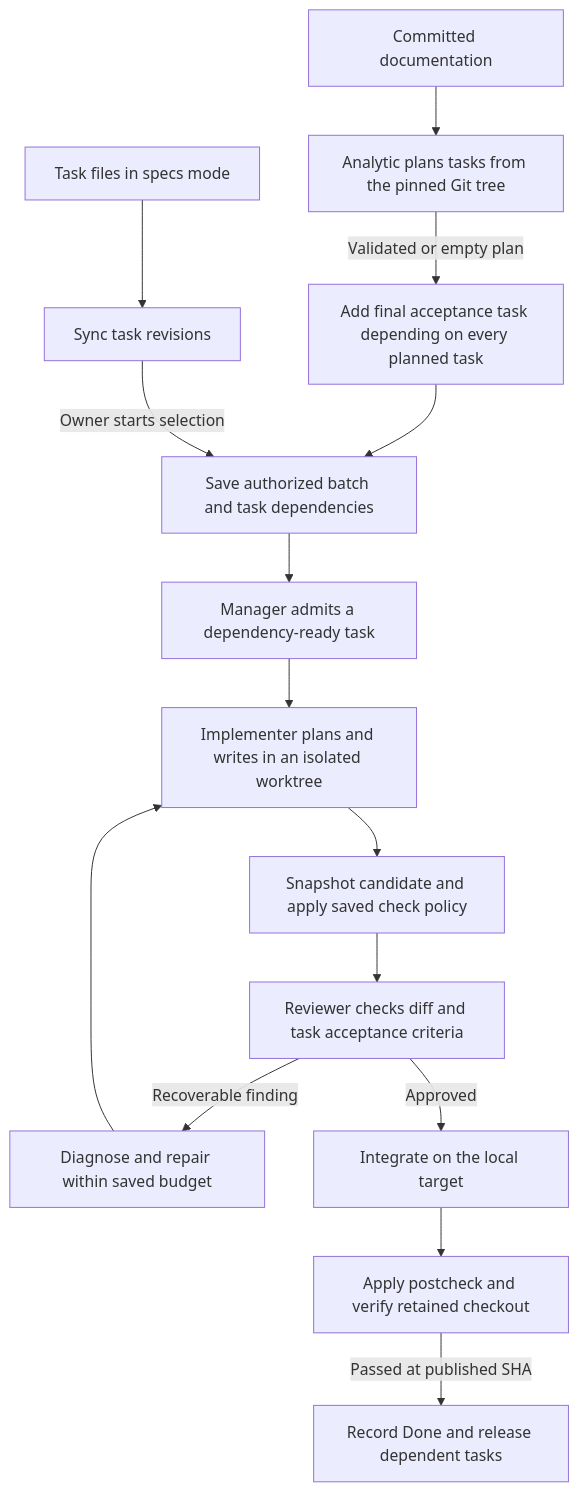
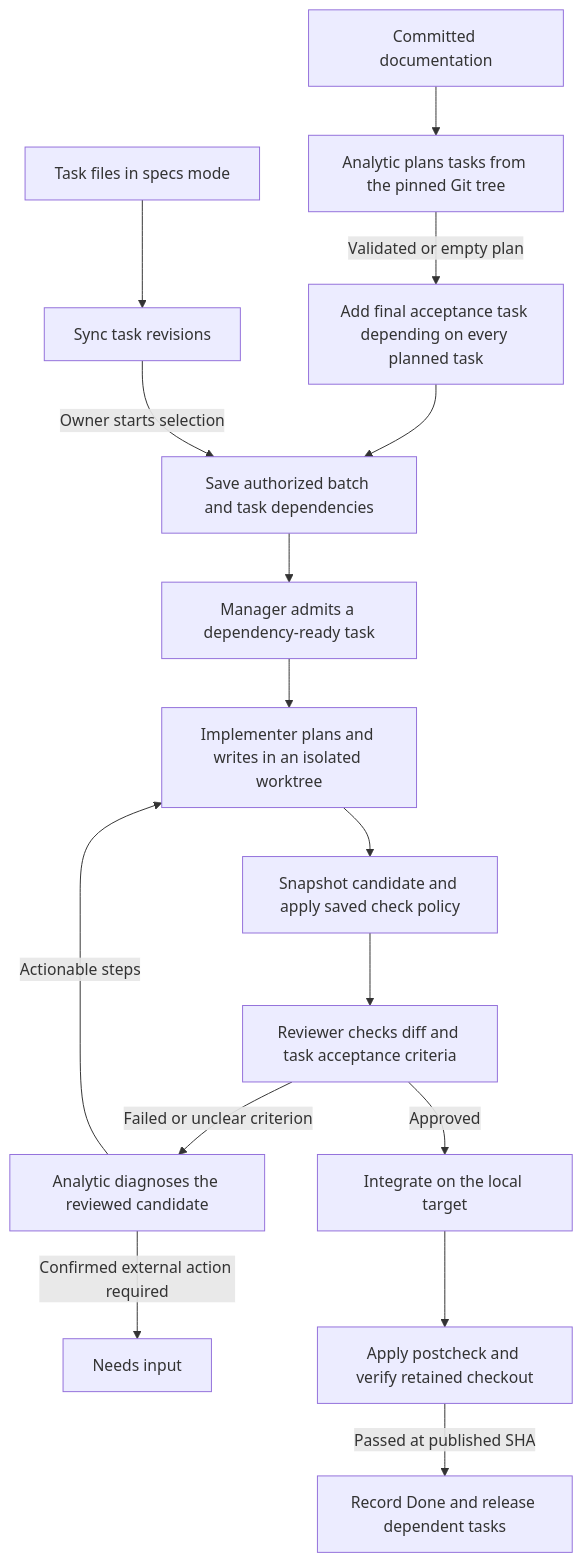
One commit to mpakus/cuckoding.com changed the diagram in docs/ARCHITECTURE.md. Above: the diagram before and after it, drawn with Mermaid. The commit also changed other lines of this file and 8 other files, not shown here.

````diff
--- a/docs/ARCHITECTURE.md
+++ b/docs/ARCHITECTURE.md
@@ -15,17 +15,18 @@
 ```mermaid
 flowchart TD
     D["Committed documentation"] --> I["Analytic plans tasks from the pinned Git tree"]
     I -->|Validated or empty plan| G["Add final acceptance task depending on every planned task"]
     G --> B["Save authorized batch and task dependencies"]
     S["Task files in specs mode"] --> T["Sync task revisions"]
     T -->|Owner starts selection| B
     B --> M["Manager admits a dependency-ready task"]
     M --> W["Implementer plans and writes in an isolated worktree"]
     W --> C["Snapshot candidate and apply saved check policy"]
     C --> R["Reviewer checks diff and task acceptance criteria"]
-    R -->|Recoverable finding| F["Diagnose and repair within saved budget"]
-    F --> W
+    R -->|Failed or unclear criterion| F["Analytic diagnoses the reviewed candidate"]
+    F -->|Actionable steps| W
+    F -->|Confirmed external action required| H["Needs input"]
     R -->|Approved| P["Integrate on the local target"]
     P --> V["Apply postcheck and verify retained checkout"]
     V -->|Passed at published SHA| Z["Record Done and release dependent tasks"]
 ```
````
